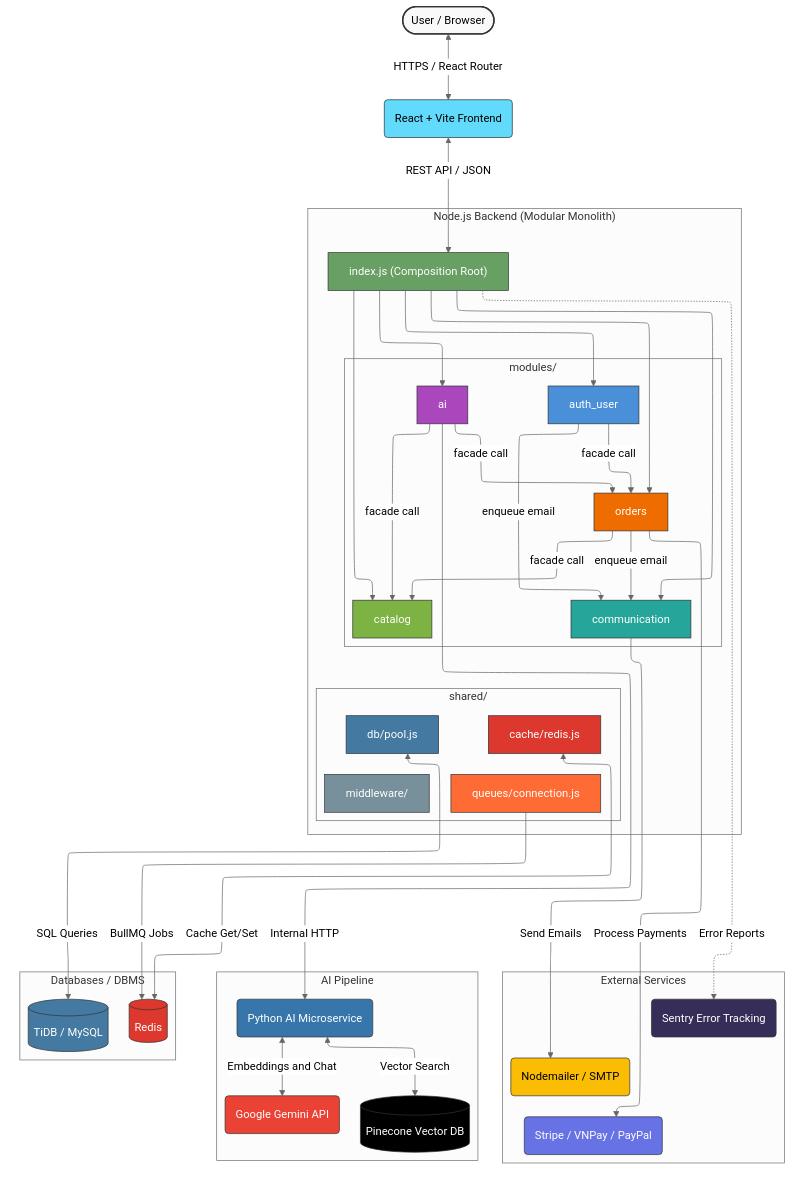
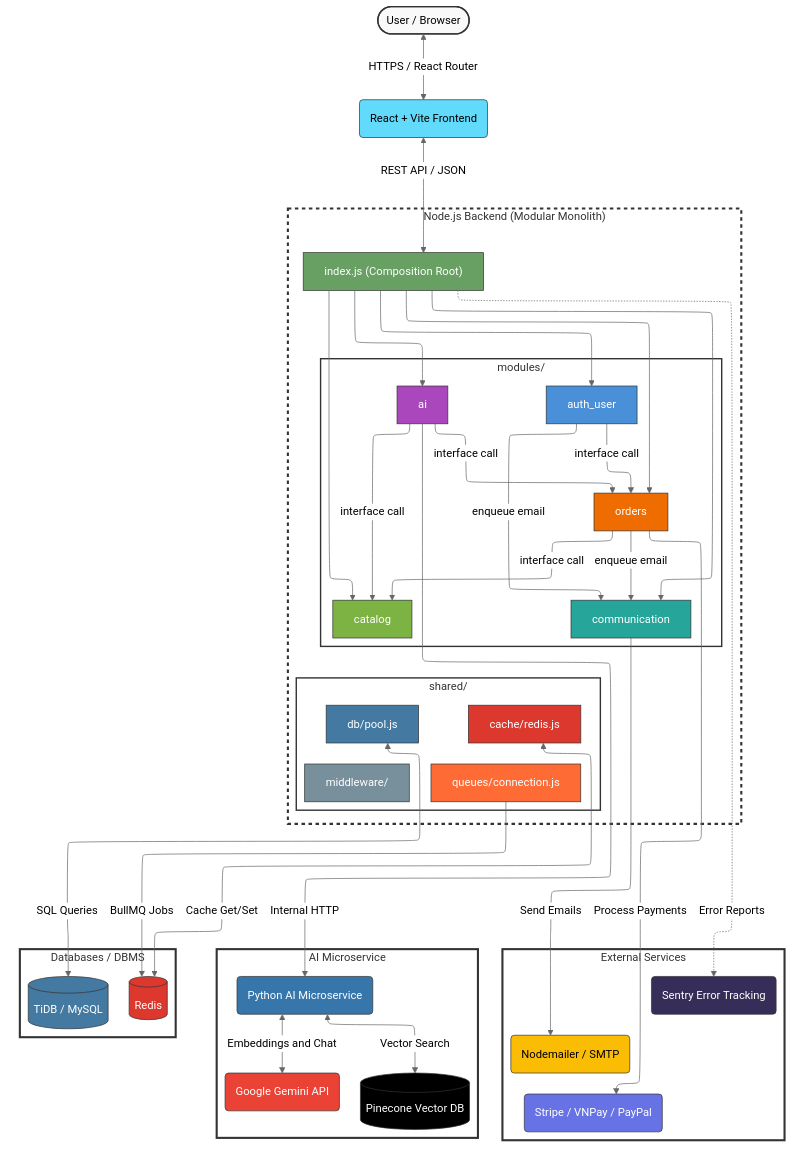
One commit to dhp-exe/e-commercial-project changed the first of 3 diagrams in README.md. Above: the diagram before and after it, drawn with Mermaid (neutral theme).

Commit message:
docs: update System Flow

````diff
--- a/README.md
+++ b/README.md
@@ -103,6 +103,10 @@
         Sentry("Sentry Error Tracking")
         EmailSMTP("Nodemailer / SMTP")
         Payments("Stripe / VNPay / PayPal")
+        
+        %% Force vertical stacking inside the block
+        Sentry ~~~ EmailSMTP
+        EmailSMTP ~~~ Payments
   end
  subgraph s2["modules/"]
         AuthUser["auth_user"]
@@ -116,13 +120,17 @@
         RedisClient["cache/redis.js"]
         MW["middleware/"]
         QConn["queues/connection.js"]
+        
+        %% Invisible links to force a 2x2 grid layout
+        Pool ~~~ MW
+        RedisClient ~~~ QConn
   end
  subgraph subGraph2["Node.js Backend (Modular Monolith)"]
         CompositionRoot["index.js (Composition Root)"]
         s2
         s1
   end
- subgraph subGraph3["AI Pipeline"]
+ subgraph subGraph3["AI Microservice"]
         Gemini("Google Gemini API")
         AIService("Python AI Microservice")
         Pinecone[("Pinecone Vector DB")]
@@ -131,47 +139,62 @@
         TiDB[("TiDB / MySQL")]
         Redis[("Redis")]
   end
-    Sentry ~~~ EmailSMTP & CompositionRoot
-    EmailSMTP ~~~ Payments
-    Pool ~~~ MW
-    RedisClient ~~~ QConn
+
     User(["User / Browser"]) <-- HTTPS / React Router --> Frontend("React + Vite Frontend")
     Frontend <-- REST API / JSON --> CompositionRoot
+    
+    %% Invisible link to pull the External Services block to the left of the Composition Root
+    Sentry ~~~ CompositionRoot
+
     CompositionRoot --> AuthUser & Catalog & Orders & Comm & AI
-    AuthUser -- facade call --> Orders
-    Orders -- facade call --> Catalog
+    AuthUser -- interface call --> Orders
+    Orders -- interface call --> Catalog
     Orders -- enqueue email --> Comm
     AuthUser -- enqueue email --> Comm
-    AI -- facade call --> Catalog & Orders
+    AI -- interface call --> Catalog & Orders
+    
+    %% Invisible link to explicitly force modules above shared
     Catalog ~~~ Pool
+    
     Pool <-- SQL Queries --> TiDB
     RedisClient <-- Cache Get/Set --> Redis
     AI -- Internal HTTP --> AIService
+    
+    %% Outbound connections to External Services
     CompositionRoot -. Error Reports .-> Sentry
     Comm -- Send Emails --> EmailSMTP
     Orders -- Process Payments --> Payments
+    
     AIService <-- Embeddings and Chat --> Gemini
     AIService <-- Vector Search --> Pinecone
     QConn -- BullMQ Jobs --> Redis
-    
-    style Sentry fill:#362d59,stroke:#333,color:#fff
-    style EmailSMTP fill:#fbbc04,stroke:#333,color:#000
-    style Payments fill:#6772e5,stroke:#333,color:#fff
+
+    style Pool fill:#4479a1,stroke:#333,color:#fff
+    style RedisClient fill:#dc382d,stroke:#333,color:#fff
+    style MW fill:#78909c,stroke:#333,color:#fff
+    style QConn fill:#ff6b35,stroke:#333,color:#fff
     style AuthUser fill:#4a90d9,stroke:#333,color:#fff
     style Catalog fill:#7cb342,stroke:#333,color:#fff
     style Orders fill:#ef6c00,stroke:#333,color:#fff
     style Comm fill:#26a69a,stroke:#333,color:#fff
     style AI fill:#ab47bc,stroke:#333,color:#fff
-    style Pool fill:#4479a1,stroke:#333,color:#fff
-    style RedisClient fill:#dc382d,stroke:#333,color:#fff
-    style MW fill:#78909c,stroke:#333,color:#fff
-    style QConn fill:#ff6b35,stroke:#333,color:#fff
     style CompositionRoot fill:#68a063,stroke:#333,color:#fff
     style Gemini fill:#ea4335,stroke:#333,color:#fff
     style AIService fill:#3776ab,stroke:#333,color:#fff
     style Pinecone fill:#000000,stroke:#333,color:#fff
+    style User fill:#f9f9f9,stroke:#333,stroke-width:2px
+    style Frontend fill:#61dafb,stroke:#333,color:#000
+    style Sentry fill:#362d59,stroke:#333,color:#fff
     style TiDB fill:#4479a1,stroke:#333,color:#fff
     style Redis fill:#dc382d,stroke:#333,color:#fff
-    style User fill:#f9f9f9,stroke:#333,stroke-width:2px
-    style Frontend fill:#61dafb,stroke:#333,color:#000
+    style EmailSMTP fill:#fbbc04,stroke:#333,color:#000
+    style Payments fill:#6772e5,stroke:#333,color:#fff
+
+    %% Transparent background styles for major container blocks
+    style ExternalServices fill:transparent,stroke:#333,stroke-width:3px
+    style subGraph2 fill:transparent,stroke:#333,stroke-width:3px,stroke-dasharray: 5 5
+    style s2 fill:transparent,stroke:#333,stroke-width:2px
+    style s1 fill:transparent,stroke:#333,stroke-width:2px
+    style subGraph3 fill:transparent,stroke:#333,stroke-width:3px
+    style DBMS fill:transparent,stroke:#333,stroke-width:3px
 ```
````
